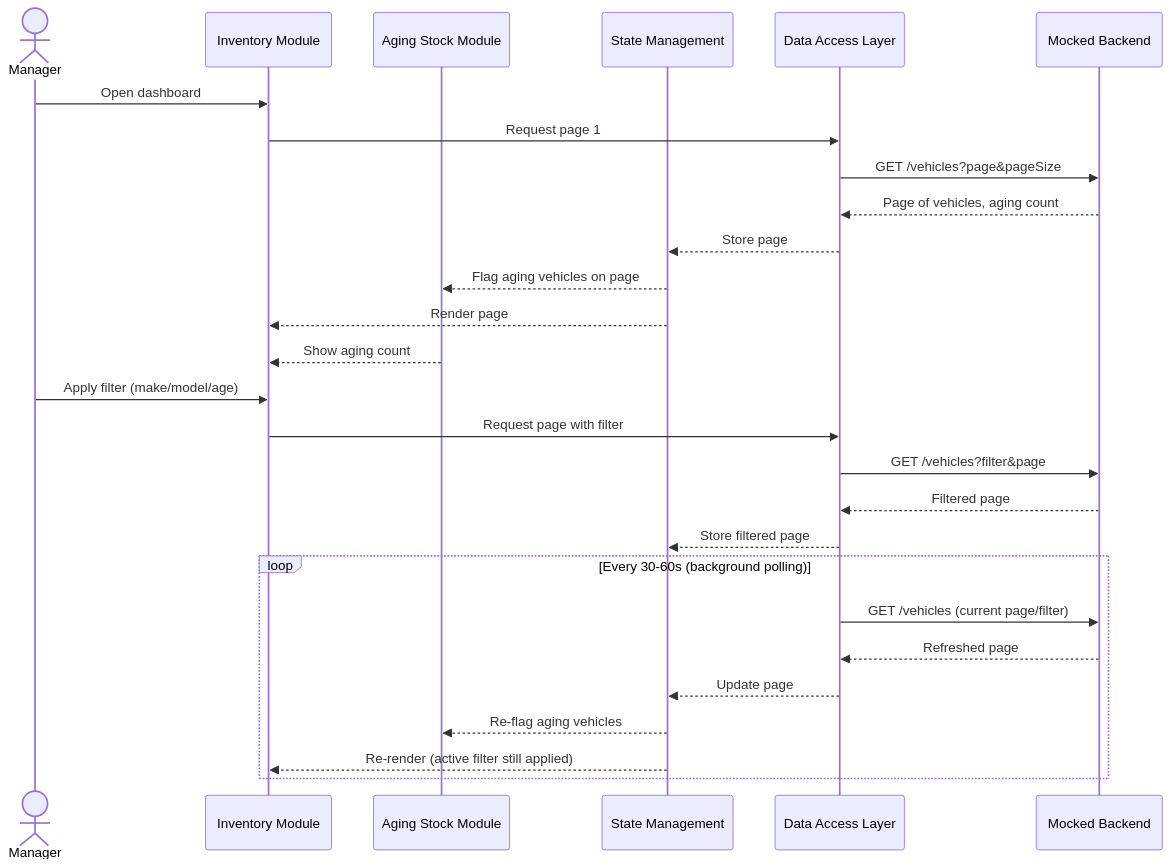
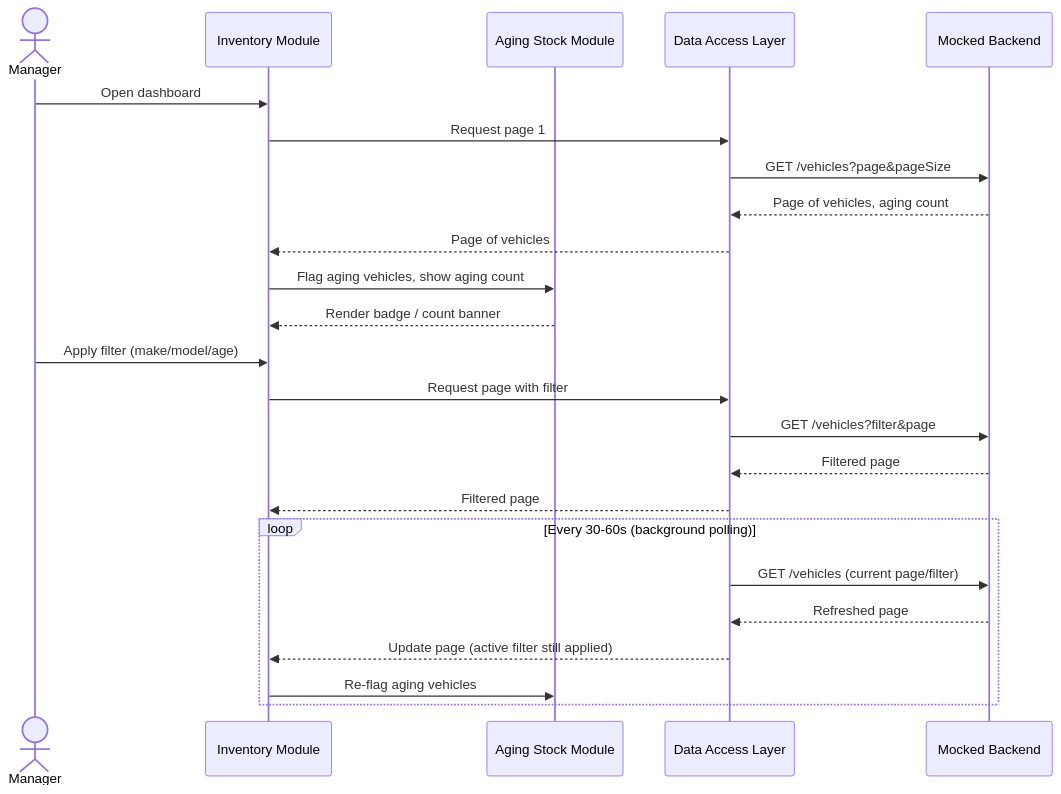
The fourth of 5 diagrams in SDD.md (nmtrong1000/keyloop-challenge), drawn with Mermaid before and after one commit. The commit also changed other lines of this file, not shown here.

Commit message:
docs(STORY_15): reconcile SDD with module-owned state and DAL

````diff
--- a/SDD.md
+++ b/SDD.md
@@ -119,31 +118,28 @@
 ```mermaid
 sequenceDiagram
     actor Manager
     participant IM as Inventory Module
     participant ASM as Aging Stock Module
-    participant State as State Management
     participant DAL as Data Access Layer
     participant Mock as Mocked Backend
 
     Manager->>IM: Open dashboard
     IM->>DAL: Request page 1
     DAL->>Mock: GET /vehicles?page&pageSize
     Mock-->>DAL: Page of vehicles, aging count
-    DAL-->>State: Store page
-    State-->>ASM: Flag aging vehicles on page
-    State-->>IM: Render page
-    ASM-->>IM: Show aging count
+    DAL-->>IM: Page of vehicles
+    IM->>ASM: Flag aging vehicles, show aging count
+    ASM-->>IM: Render badge / count banner
     Manager->>IM: Apply filter (make/model/age)
     IM->>DAL: Request page with filter
     DAL->>Mock: GET /vehicles?filter&page
     Mock-->>DAL: Filtered page
-    DAL-->>State: Store filtered page
+    DAL-->>IM: Filtered page
 
     loop Every 30-60s (background polling)
         DAL->>Mock: GET /vehicles (current page/filter)
         Mock-->>DAL: Refreshed page
-        DAL-->>State: Update page
-        State-->>ASM: Re-flag aging vehicles
-        State-->>IM: Re-render (active filter still applied)
+        DAL-->>IM: Update page (active filter still applied)
+        IM->>ASM: Re-flag aging vehicles
     end
 ```
````
